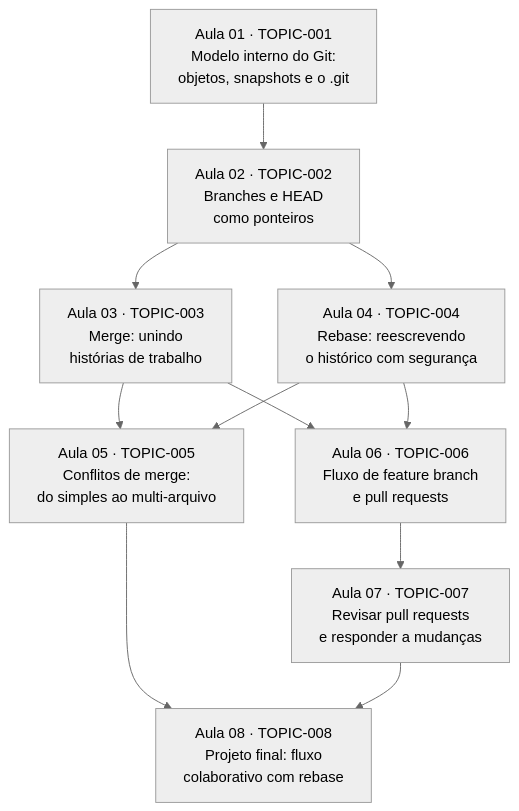
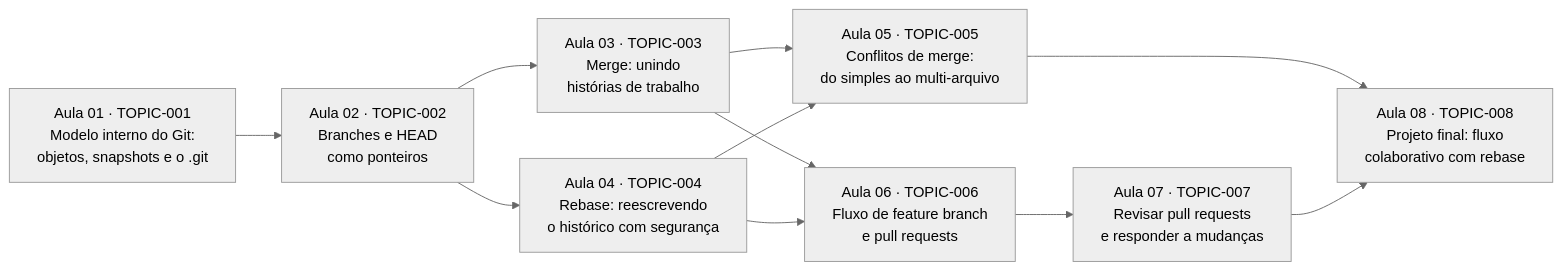
One commit to diegomoura/open-study-path-agent-test-20260831211026 changed the diagram in study/roadmap.md. Above: the diagram before and after it, drawn with Mermaid (neutral theme). The commit also changed other lines of this file and 12 other files, not shown here.

````diff
--- a/study/roadmap.md
+++ b/study/roadmap.md
@@ -30,22 +31,22 @@
 ```mermaid
-flowchart TD
+flowchart LR
     T1["Aula 01 · TOPIC-001<br/>Modelo interno do Git:<br/>objetos, snapshots e o .git"]
     T2["Aula 02 · TOPIC-002<br/>Branches e HEAD<br/>como ponteiros"]
     T3["Aula 03 · TOPIC-003<br/>Merge: unindo<br/>histórias de trabalho"]
     T4["Aula 04 · TOPIC-004<br/>Rebase: reescrevendo<br/>o histórico com segurança"]
     T5["Aula 05 · TOPIC-005<br/>Conflitos de merge:<br/>do simples ao multi-arquivo"]
     T6["Aula 06 · TOPIC-006<br/>Fluxo de feature branch<br/>e pull requests"]
     T7["Aula 07 · TOPIC-007<br/>Revisar pull requests<br/>e responder a mudanças"]
     T8["Aula 08 · TOPIC-008<br/>Projeto final: fluxo<br/>colaborativo com rebase"]
 
     T1 --> T2
     T2 --> T3
     T2 --> T4
     T3 --> T5
     T4 --> T5
     T3 --> T6
     T4 --> T6
     T6 --> T7
     T5 --> T8
     T7 --> T8
 ```
````
